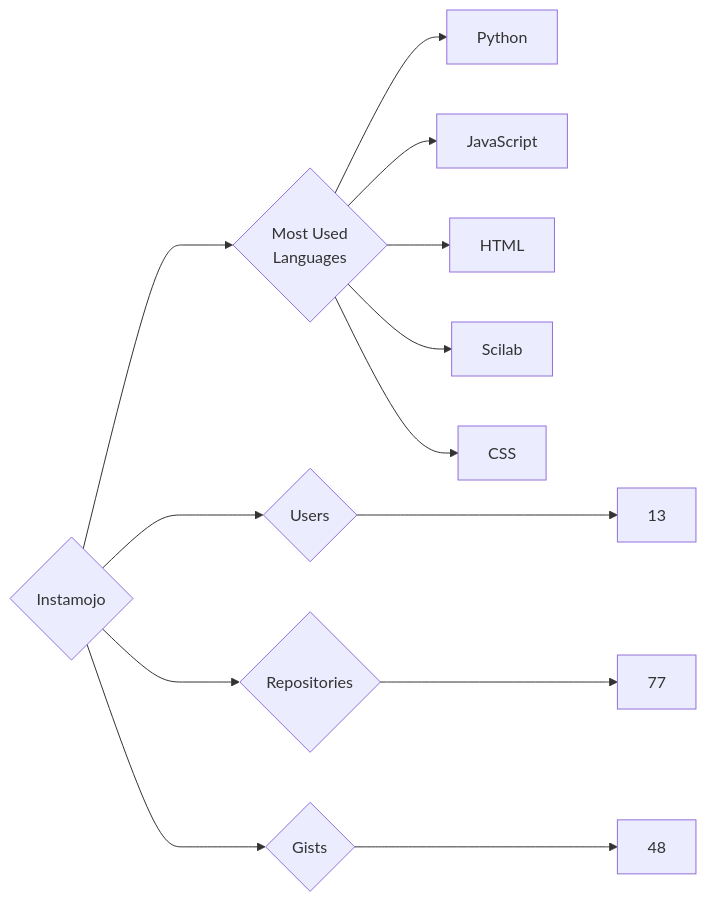
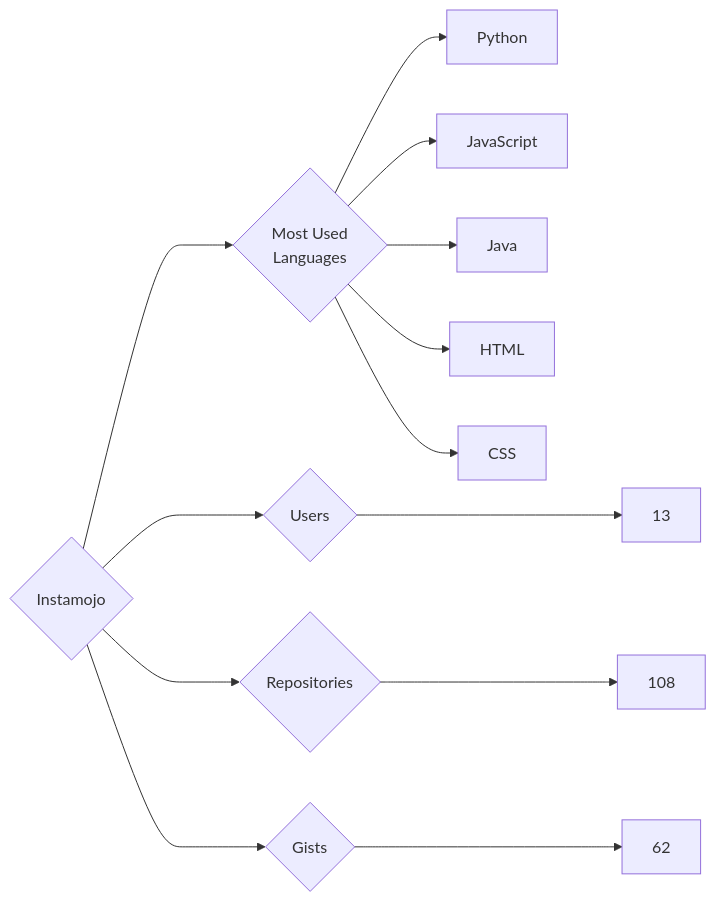
One commit to trickest/insiders changed the diagram in targets/Instamojo/README.md. Above: the diagram before and after it, drawn with Mermaid. The commit also changed 720 other files, not shown here.

````diff
--- a/targets/Instamojo/README.md
+++ b/targets/Instamojo/README.md
@@ -3,13 +3,13 @@
 ```mermaid
 graph LR
 COMPANY_NAME{Instamojo}
 COMPANY_NAME ---> U{Users} ---> UN[13]
-COMPANY_NAME ---> R{Repositories} ---> RN[77]
-COMPANY_NAME ---> G{Gists} ---> GN[48]
+COMPANY_NAME ---> R{Repositories} ---> RN[108]
+COMPANY_NAME ---> G{Gists} ---> GN[62]
 COMPANY_NAME ---> ML{Most Used<br>Languages}
 ML --> Python[Python]
 ML --> JavaScript[JavaScript]
+ML --> Java[Java]
 ML --> HTML[HTML]
-ML --> Scilab[Scilab]
 ML --> CSS[CSS]
 ```
````
